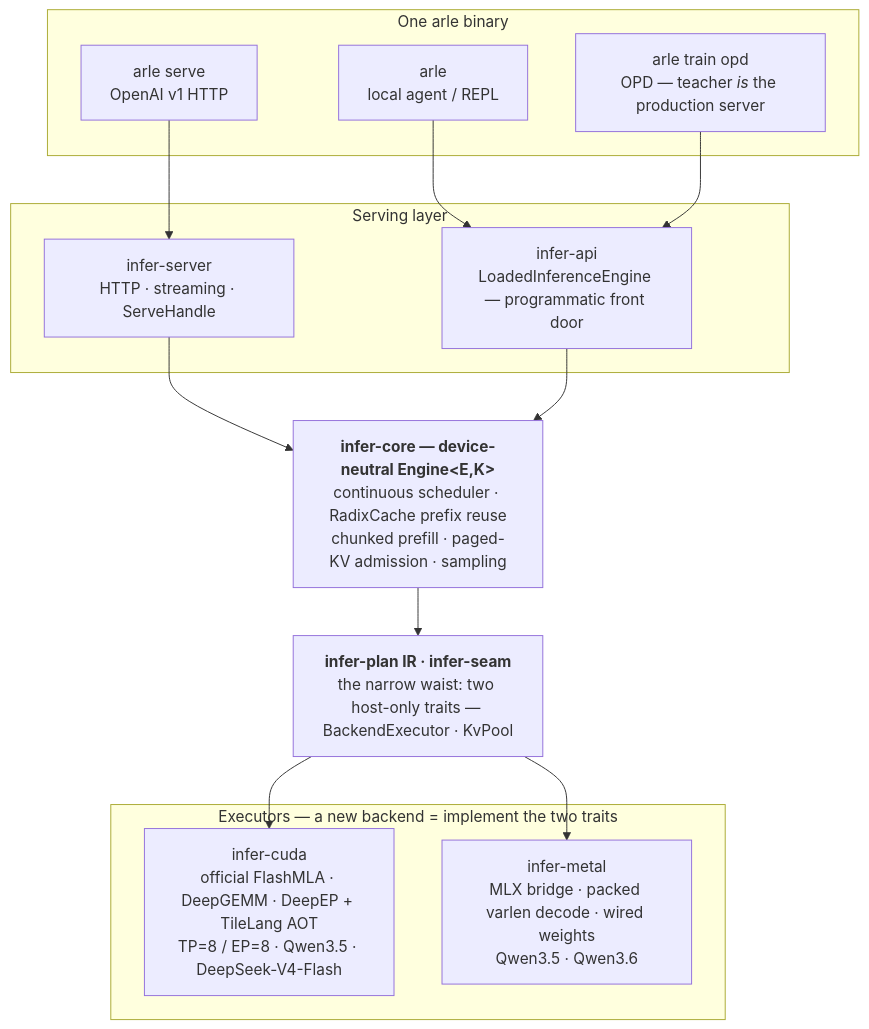
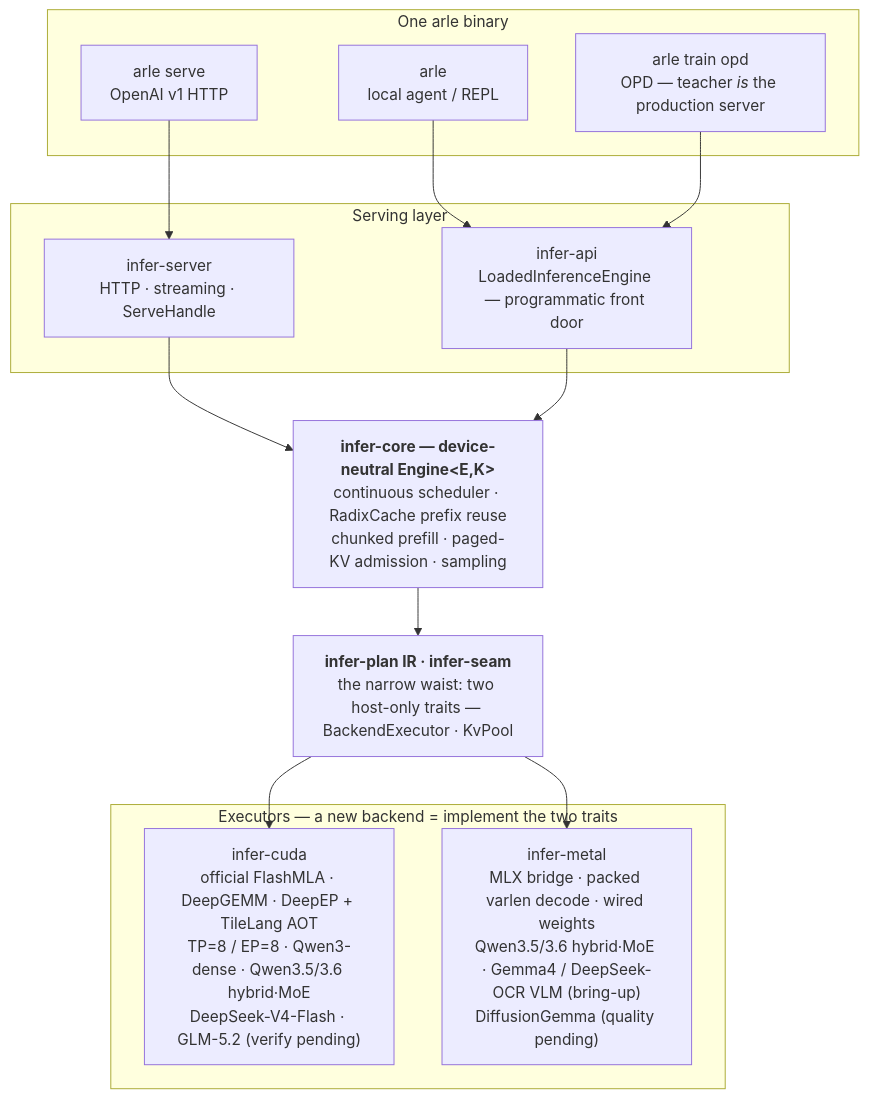
One commit to acupof-ai/arle changed the diagram in README.zh-CN.md. Above: the diagram before and after it, drawn with Mermaid. The commit also changed other lines of this file and 15 other files, not shown here.

````diff
--- a/README.zh-CN.md
+++ b/README.zh-CN.md
@@ -121,31 +121,31 @@
 ```mermaid
 flowchart TB
   subgraph Surfaces["One arle binary"]
     Serve["arle serve<br/>OpenAI v1 HTTP"]
     Agent["arle<br/>local agent / REPL"]
     Train["arle train opd<br/>OPD — teacher <i>is</i> the production server"]
   end
 
   subgraph Serving["Serving layer"]
     Server["infer-server<br/>HTTP · streaming · ServeHandle"]
     API["infer-api<br/>LoadedInferenceEngine — programmatic front door"]
   end
 
   Core["<b>infer-core — device-neutral Engine&lt;E,K&gt;</b><br/>continuous scheduler · RadixCache prefix reuse<br/>chunked prefill · paged-KV admission · sampling"]
 
   Seam["<b>infer-plan IR · infer-seam</b><br/>the narrow waist: two host-only traits — BackendExecutor · KvPool"]
 
   subgraph Exec["Executors — a new backend = implement the two traits"]
-    CUDA["infer-cuda<br/>official FlashMLA · DeepGEMM · DeepEP + TileLang AOT<br/>TP=8 / EP=8 · Qwen3.5 · DeepSeek-V4-Flash"]
-    Metal["infer-metal<br/>MLX bridge · packed varlen decode · wired weights<br/>Qwen3.5 · Qwen3.6"]
+    CUDA["infer-cuda<br/>official FlashMLA · DeepGEMM · DeepEP + TileLang AOT<br/>TP=8 / EP=8 · Qwen3-dense · Qwen3.5/3.6 hybrid·MoE<br/>DeepSeek-V4-Flash · GLM-5.2 (verify pending)"]
+    Metal["infer-metal<br/>MLX bridge · packed varlen decode · wired weights<br/>Qwen3.5/3.6 hybrid·MoE · Gemma4 / DeepSeek-OCR VLM (bring-up)<br/>DiffusionGemma (quality pending)"]
   end
 
   Serve --> Server
   Agent --> API
   Train --> API
   Server --> Core
   API --> Core
   Core --> Seam
   Seam --> CUDA
   Seam --> Metal
 ```
````
